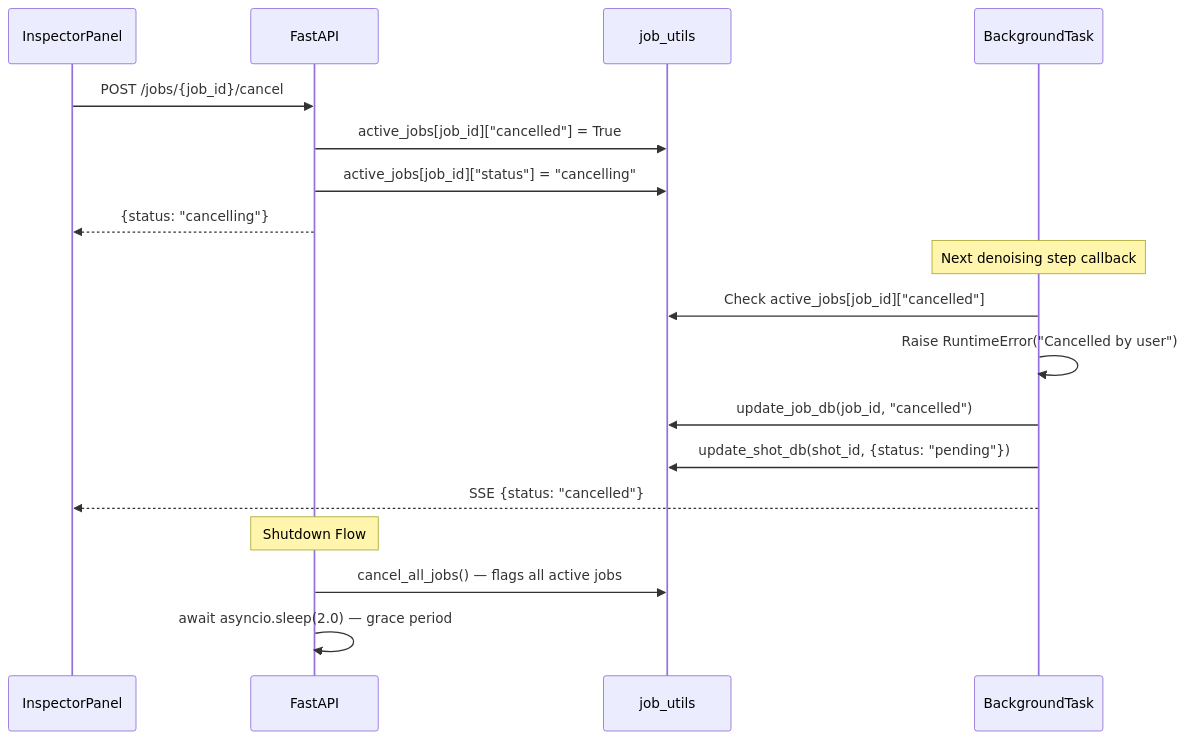
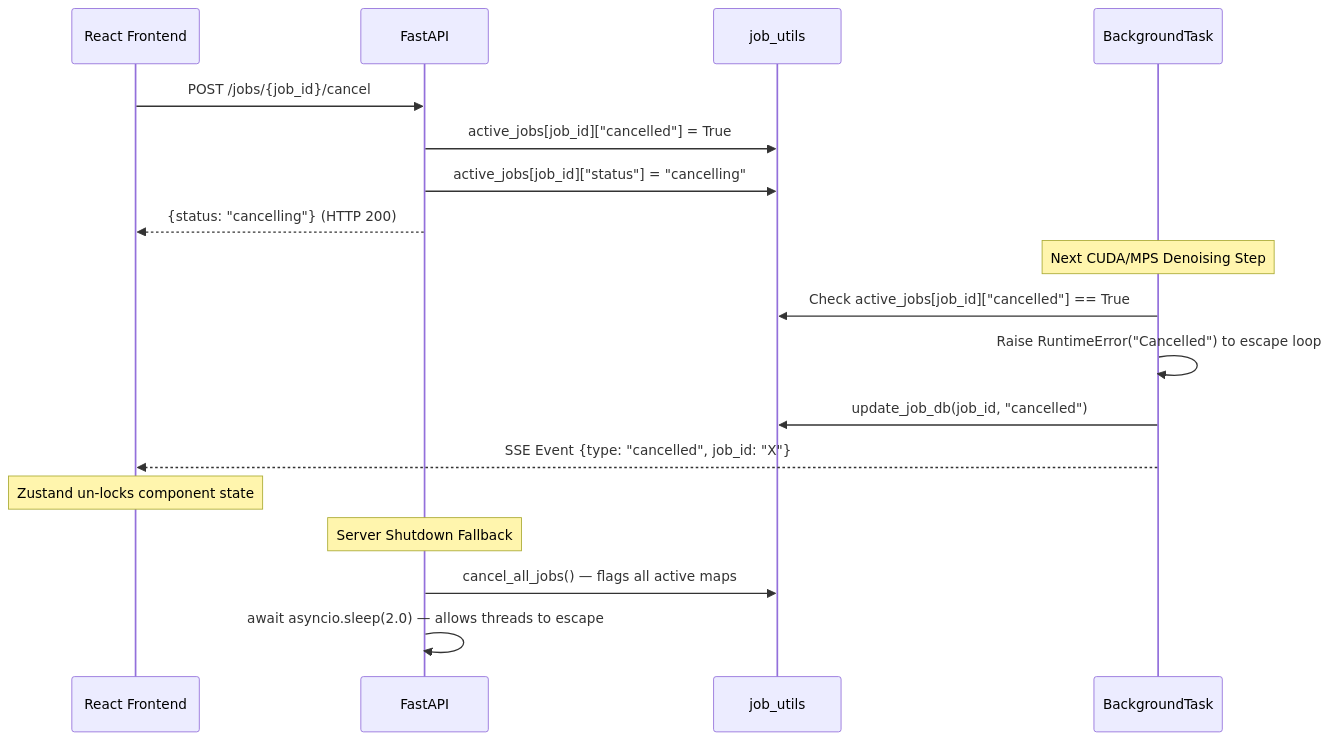
Before and after one commit to mainza-ai/milimovideo: the tenth of 11 diagrams in docs/05_execution_flow.md, drawn with Mermaid. The commit also changed 4 other files, not shown here.

Commit message:
Update docs to reflect new generation cancellation architecture

````diff
--- a/docs/05_execution_flow.md
+++ b/docs/05_execution_flow.md
@@ -441,23 +441,23 @@
 ```mermaid
 sequenceDiagram
-    participant UI as InspectorPanel
+    participant UI as React Frontend
     participant API as FastAPI
     participant Utils as job_utils
     participant Worker as BackgroundTask
 
     UI->>API: POST /jobs/{job_id}/cancel
     API->>Utils: active_jobs[job_id]["cancelled"] = True
     API->>Utils: active_jobs[job_id]["status"] = "cancelling"
-    API-->>UI: {status: "cancelling"}
+    API-->>UI: {status: "cancelling"} (HTTP 200)
 
-    Note over Worker: Next denoising step callback
-    Worker->>Utils: Check active_jobs[job_id]["cancelled"]
-    Worker->>Worker: Raise RuntimeError("Cancelled by user")
+    Note over Worker: Next CUDA/MPS Denoising Step
+    Worker->>Utils: Check active_jobs[job_id]["cancelled"] == True
+    Worker->>Worker: Raise RuntimeError("Cancelled") to escape loop
     Worker->>Utils: update_job_db(job_id, "cancelled")
-    Worker->>Utils: update_shot_db(shot_id, {status: "pending"})
-    Worker-->>UI: SSE {status: "cancelled"}
+    Worker-->>UI: SSE Event {type: "cancelled", job_id: "X"}
+    Note over UI: Zustand un-locks component state
 
-    Note over API: Shutdown Flow
-    API->>Utils: cancel_all_jobs() — flags all active jobs
-    API->>API: await asyncio.sleep(2.0) — grace period
+    Note over API: Server Shutdown Fallback
+    API->>Utils: cancel_all_jobs() — flags all active maps
+    API->>API: await asyncio.sleep(2.0) — allows threads to escape
 ```
````
